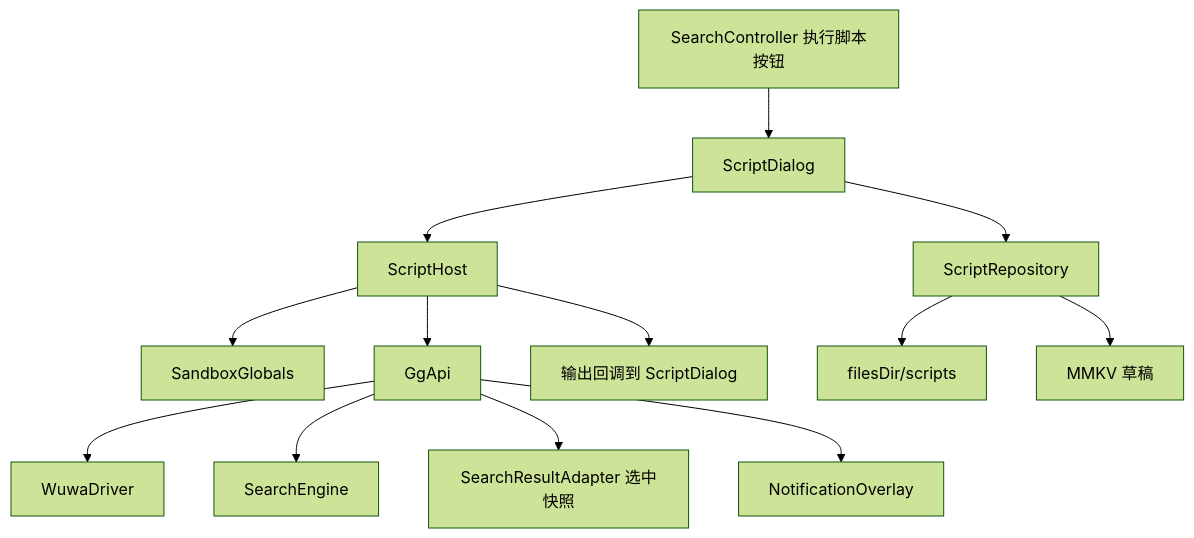
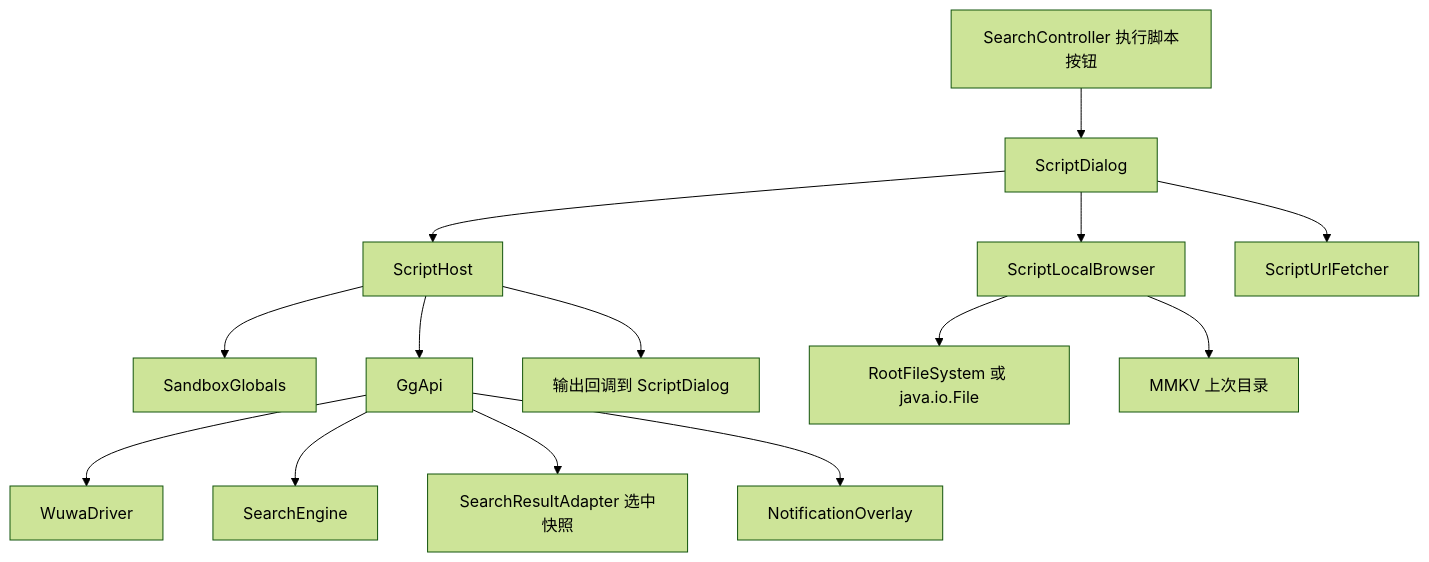
The diagram in .monkeycode/specs/2026-09-09-lua-script-execution/design.md (xingmihai/MX), drawn with Mermaid (forest theme) before and after one commit. The commit also changed other lines of this file and 11 other files, not shown here.

````diff
--- a/.monkeycode/specs/2026-09-09-lua-script-execution/design.md
+++ b/.monkeycode/specs/2026-09-09-lua-script-execution/design.md
@@ -12,15 +12,16 @@
 ```mermaid
 graph TD
     A["SearchController 执行脚本按钮"] --> B["ScriptDialog"]
     B --> C["ScriptHost"]
-    B --> D["ScriptRepository"]
+    B --> D["ScriptLocalBrowser"]
+    B --> N["ScriptUrlFetcher"]
     C --> E["SandboxGlobals"]
     C --> F["GgApi"]
     F --> G["WuwaDriver"]
     F --> H["SearchEngine"]
     F --> I["SearchResultAdapter 选中快照"]
     F --> J["NotificationOverlay"]
     C --> K["输出回调到 ScriptDialog"]
-    D --> L["filesDir/scripts"]
-    D --> M["MMKV 草稿"]
+    D --> L["RootFileSystem 或 java.io.File"]
+    D --> M["MMKV 上次目录"]
 ```
````
